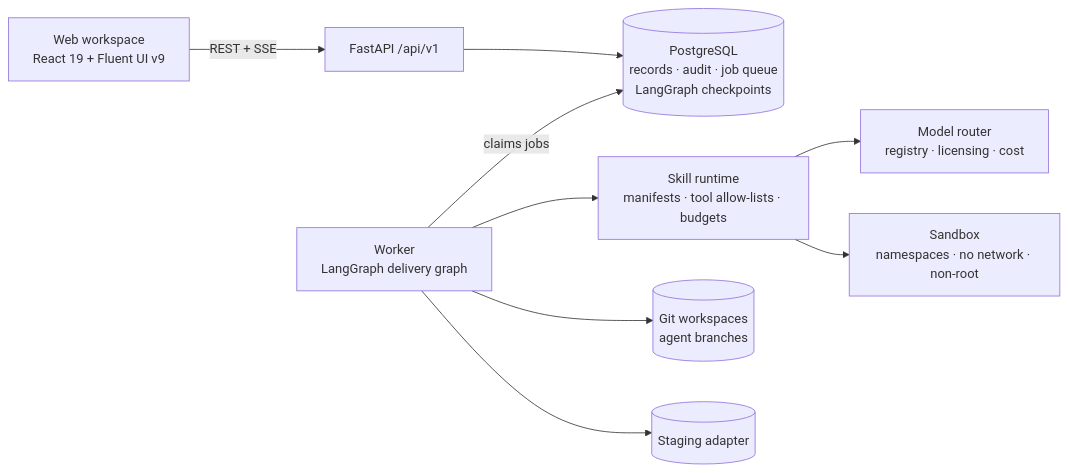
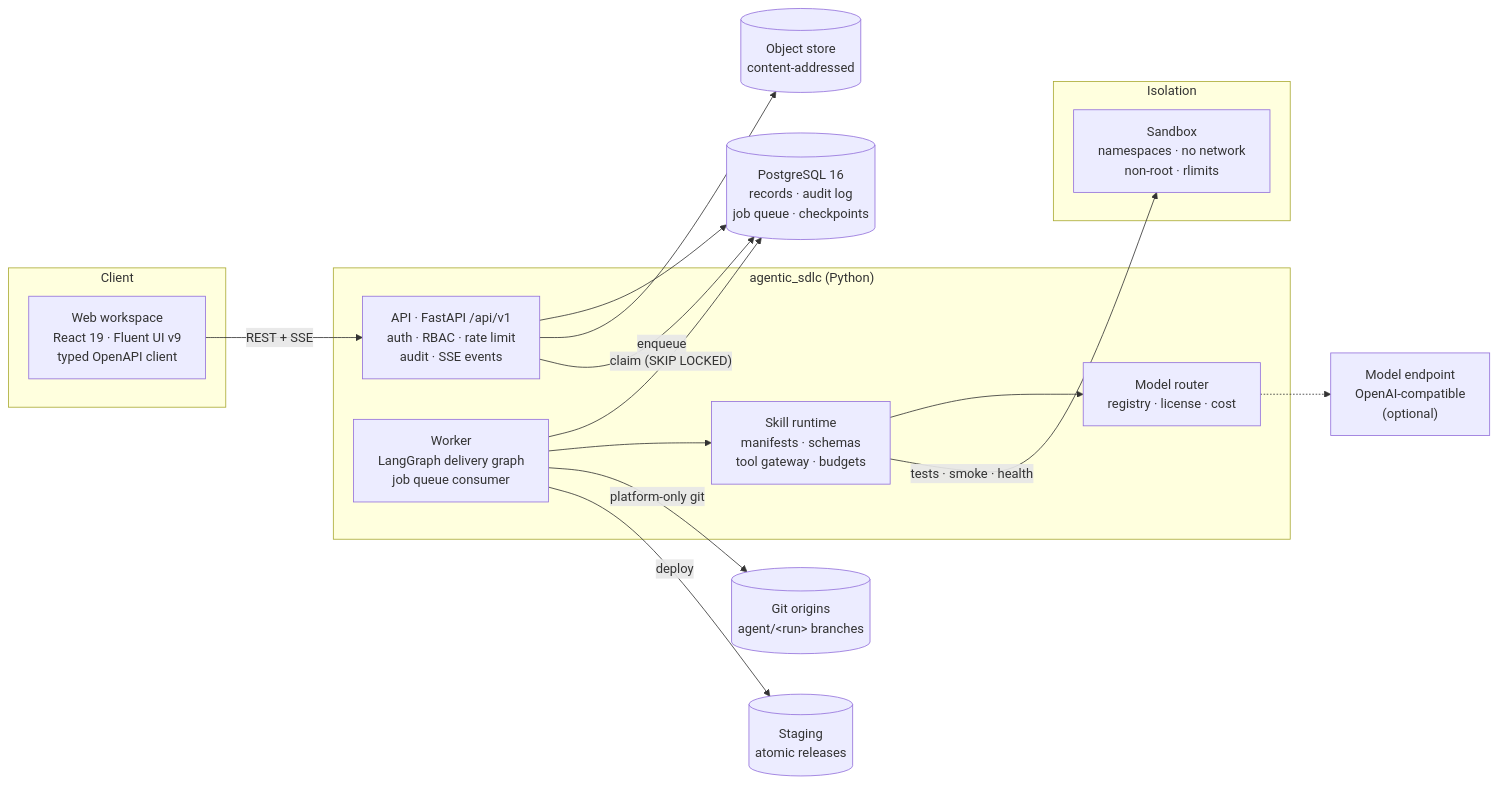
One commit to joyrana/agentic-sdlc-workspace changed the first of 9 diagrams in README.md. Above: the diagram before and after it, drawn with Mermaid. The commit also changed other lines of this file, not shown here.

First line of the commit message:
docs: README with badges, architecture and process diagrams, ADR index

````diff
--- a/README.md
+++ b/README.md
@@ -50,11 +84,32 @@
 ```mermaid
 flowchart LR
-  W[Web workspace<br/>React 19 + Fluent UI v9] -- REST + SSE --> API[FastAPI /api/v1]
-  API --> PG[(PostgreSQL<br/>records · audit · job queue<br/>LangGraph checkpoints)]
-  WK[Worker<br/>LangGraph delivery graph] -- claims jobs --> PG
-  WK --> SK[Skill runtime<br/>manifests · tool allow-lists · budgets]
-  SK --> MR[Model router<br/>registry · licensing · cost]
-  SK --> SB[Sandbox<br/>namespaces · no network · non-root]
-  WK --> GIT[(Git workspaces<br/>agent branches)]
-  WK --> STG[(Staging adapter)]
+  subgraph Client
+    UI["Web workspace<br/>React 19 · Fluent UI v9<br/>typed OpenAPI client"]
+  end
+  subgraph Platform["agentic_sdlc (Python)"]
+    API["API · FastAPI /api/v1<br/>auth · RBAC · rate limit<br/>audit · SSE events"]
+    WK["Worker<br/>LangGraph delivery graph<br/>job queue consumer"]
+    SK["Skill runtime<br/>manifests · schemas<br/>tool gateway · budgets"]
+    MR["Model router<br/>registry · license · cost"]
+  end
+  subgraph Isolation
+    SB["Sandbox<br/>namespaces · no network<br/>non-root · rlimits"]
+  end
+  PG[("PostgreSQL 16<br/>records · audit log<br/>job queue · checkpoints")]
+  OS[("Object store<br/>content-addressed")]
+  GIT[("Git origins<br/>agent/&lt;run&gt; branches")]
+  STG[("Staging<br/>atomic releases")]
+  LLM["Model endpoint<br/>OpenAI-compatible<br/>(optional)"]
+
+  UI -- "REST + SSE" --> API
+  API --> PG
+  API --> OS
+  API -- enqueue --> PG
+  WK -- "claim (SKIP LOCKED)" --> PG
+  WK --> SK
+  SK --> MR
+  MR -.-> LLM
+  SK -- "tests · smoke · health" --> SB
+  WK -- "platform-only git" --> GIT
+  WK -- deploy --> STG
 ```
````
